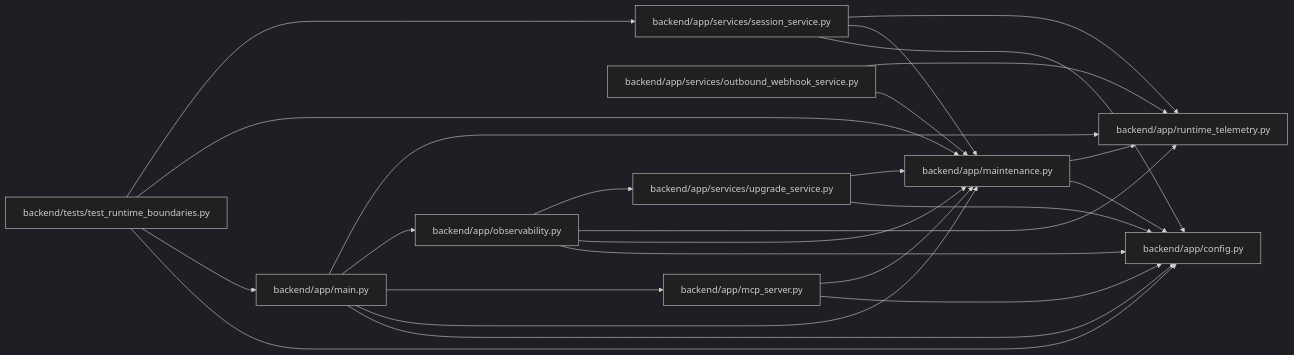
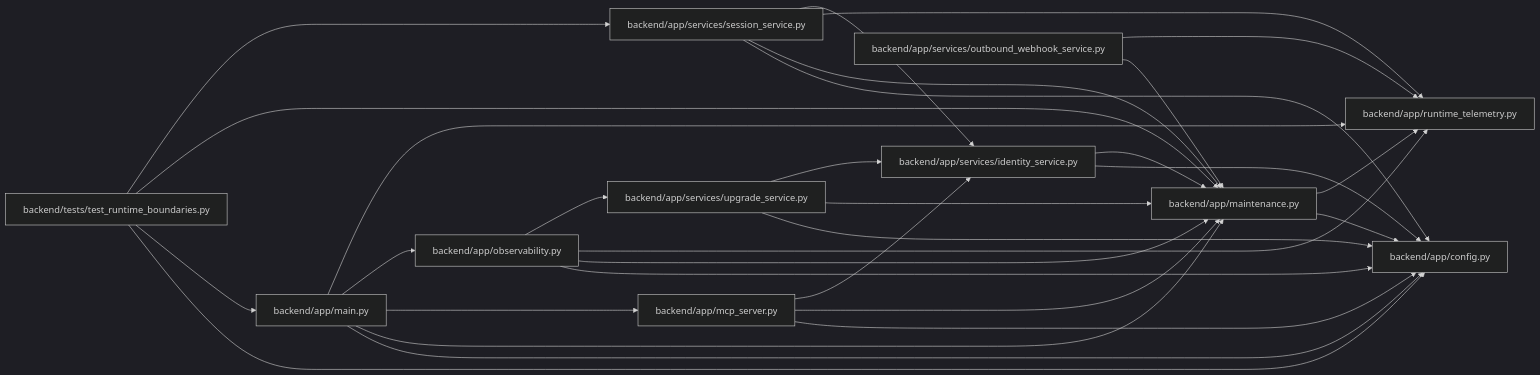
One commit to Denissvgn/WorkChord changed the diagram in docs/llm_wiki/modules/maintenance.md. Above: the diagram before and after it, drawn with Mermaid (dark theme). The commit also changed other lines of this file and 958 other files, not shown here.

First line of the commit message:
docs(wiki): refresh identity and recovery architecture

````diff
--- a/docs/llm_wiki/modules/maintenance.md
+++ b/docs/llm_wiki/modules/maintenance.md
@@ -29,47 +29,54 @@
 ```mermaid
 flowchart LR
     n0["backend/app/config.py"]
     n1["backend/app/main.py"]
     n2["backend/app/maintenance.py"]
     n3["backend/app/mcp_server.py"]
     n4["backend/app/observability.py"]
     n5["backend/app/runtime_telemetry.py"]
-    n6["backend/app/services/outbound_webhook_service.py"]
-    n7["backend/app/services/session_service.py"]
-    n8["backend/app/services/upgrade_service.py"]
-    n9["backend/tests/test_runtime_boundaries.py"]
+    n6["backend/app/services/identity_service.py"]
+    n7["backend/app/services/outbound_webhook_service.py"]
+    n8["backend/app/services/session_service.py"]
+    n9["backend/app/services/upgrade_service.py"]
+    n10["backend/tests/test_runtime_boundaries.py"]
     n1 --> n0
     n1 --> n2
     n1 --> n3
     n1 --> n4
     n1 --> n5
     n2 --> n0
     n2 --> n5
     n3 --> n0
     n3 --> n2
+    n3 --> n6
     n4 --> n0
     n4 --> n2
     n4 --> n5
-    n4 --> n8
+    n4 --> n9
+    n6 --> n0
     n6 --> n2
-    n6 --> n5
-    n7 --> n0
     n7 --> n2
     n7 --> n5
     n8 --> n0
     n8 --> n2
+    n8 --> n5
+    n8 --> n6
     n9 --> n0
-    n9 --> n1
     n9 --> n2
-    n9 --> n7
+    n9 --> n6
+    n10 --> n0
+    n10 --> n1
+    n10 --> n2
+    n10 --> n8
     click n0 "../modules/config.md"
     click n1 "../modules/app_main.md"
     click n2 "../modules/maintenance.md"
     click n3 "../modules/mcp_server.md"
     click n4 "../modules/observability.md"
     click n5 "../modules/runtime_telemetry.md"
-    click n6 "../modules/outbound_webhook_service.md"
-    click n7 "../modules/session_service.md"
-    click n8 "../modules/upgrade_service.md"
-    click n9 "../modules/test_runtime_boundaries.md"
+    click n6 "../modules/identity_service.md"
+    click n7 "../modules/outbound_webhook_service.md"
+    click n8 "../modules/session_service.md"
+    click n9 "../modules/upgrade_service.md"
+    click n10 "../modules/test_runtime_boundaries.md"
 ```
````
